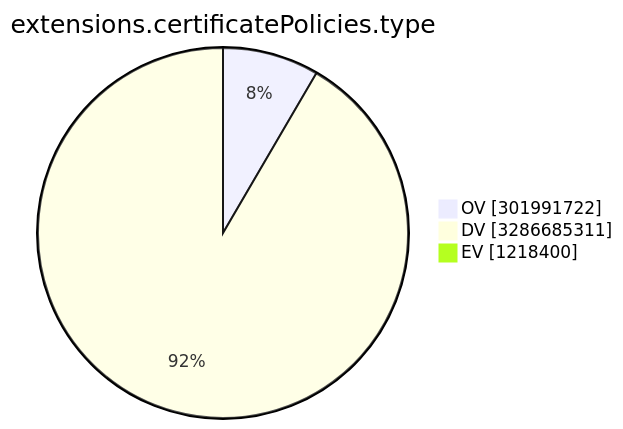
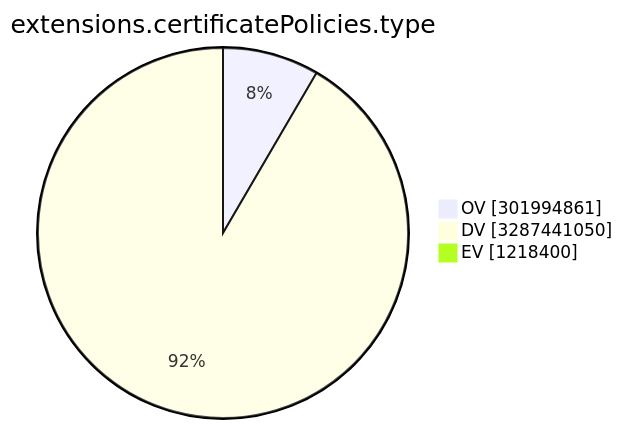
The ninth of 15 diagrams in TOTAL/README.md (christiankrug/ctmonitor_visualization), drawn with Mermaid before and after one commit. The commit also changed other lines of this file, not shown here.

````diff
--- a/TOTAL/README.md
+++ b/TOTAL/README.md
@@ -3107,7 +3107,7 @@
 ```mermaid
 pie showData
 title extensions.certificatePolicies.type
-"OV" :301991722
-"DV" :3286685311
+"OV" :301994861
+"DV" :3287441050
 "EV" :1218400
 ```
````
